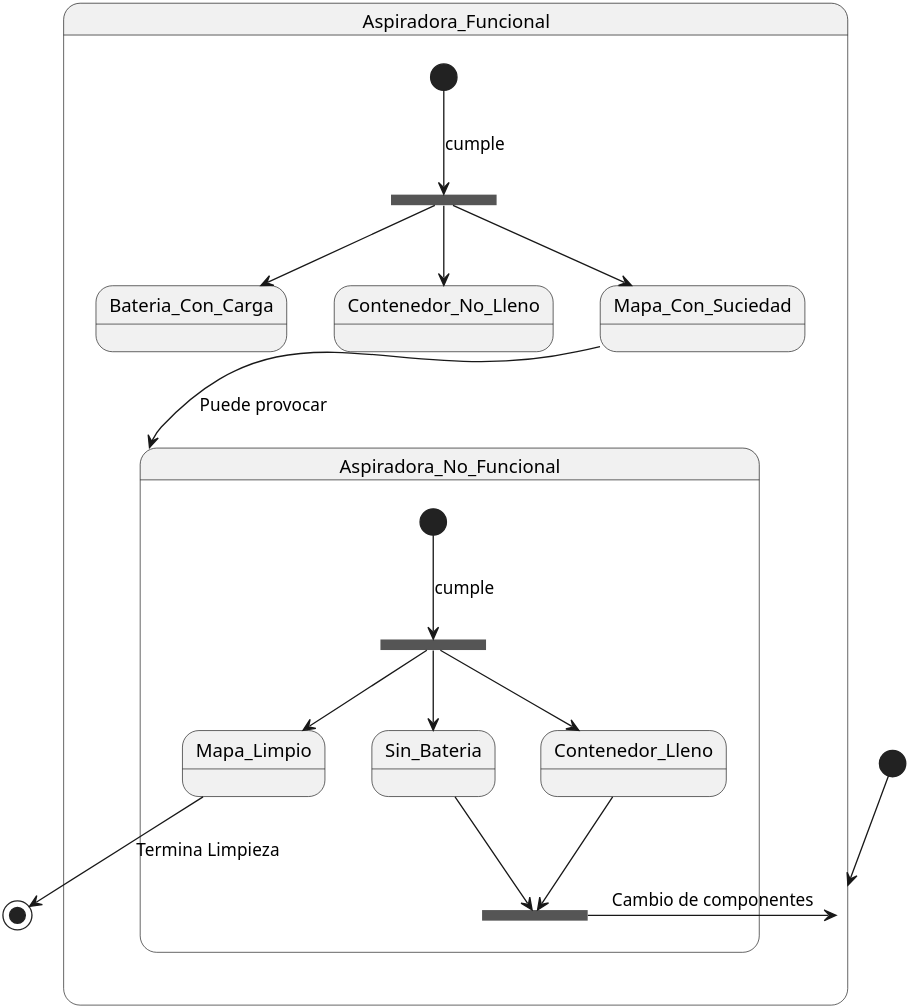
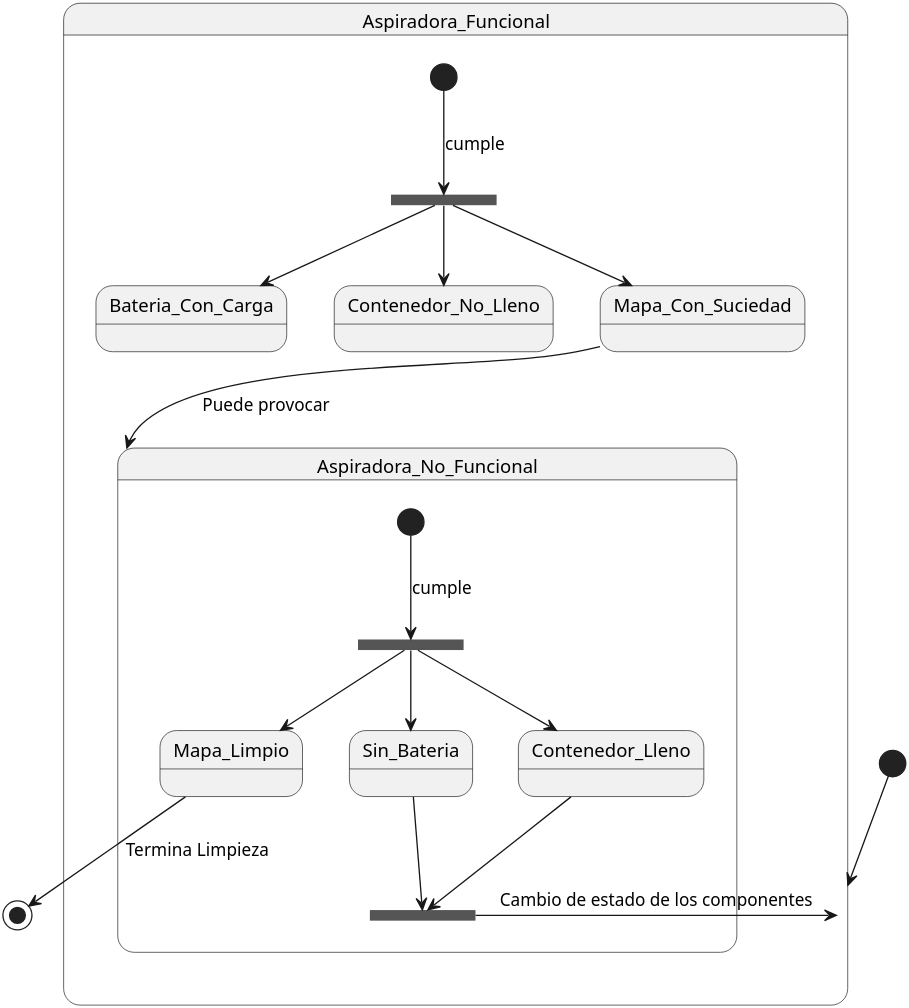
The diagram in docs/DiagramaEstadoAspiradora.plantuml (mmasias/idsw2), drawn with PlantUML before and after one commit. The commit also changed 1 other file, not shown here.

Commit message:
Diagrama de clases empezando a añadir atributos y métodos y un cambio en diagrama de estado de aspiradora

```diff
--- a/docs/DiagramaEstadoAspiradora.plantuml
+++ b/docs/DiagramaEstadoAspiradora.plantuml
@@ -1,31 +1,31 @@
 @startuml
 scale 150
 [*] --> Aspiradora_Funcional
 
 
 state Aspiradora_Funcional {
     state fork_state <<fork>>
     [*] --> fork_state : cumple
     fork_state --> Bateria_Con_Carga
     fork_state --> Contenedor_No_Lleno
     fork_state --> Mapa_Con_Suciedad
     Mapa_Con_Suciedad -down-> Aspiradora_No_Funcional : Puede provocar
 }
 
 state Aspiradora_No_Funcional {
     state fork_state1 <<fork>>
     [*] --> fork_state1 : cumple
     fork_state1 --> Sin_Bateria
     fork_state1 --> Contenedor_Lleno
     fork_state1 --> Mapa_Limpio
 
     state restauracion <<fork>>
     Sin_Bateria --> restauracion
     Contenedor_Lleno --> restauracion
-    restauracion -left-> Aspiradora_Funcional : Cambio de componentes
+    restauracion -left-> Aspiradora_Funcional : Cambio de estado de los componentes
 
 }
 
 Mapa_Limpio --> [*] : Termina Limpieza
 
 @enduml
```
